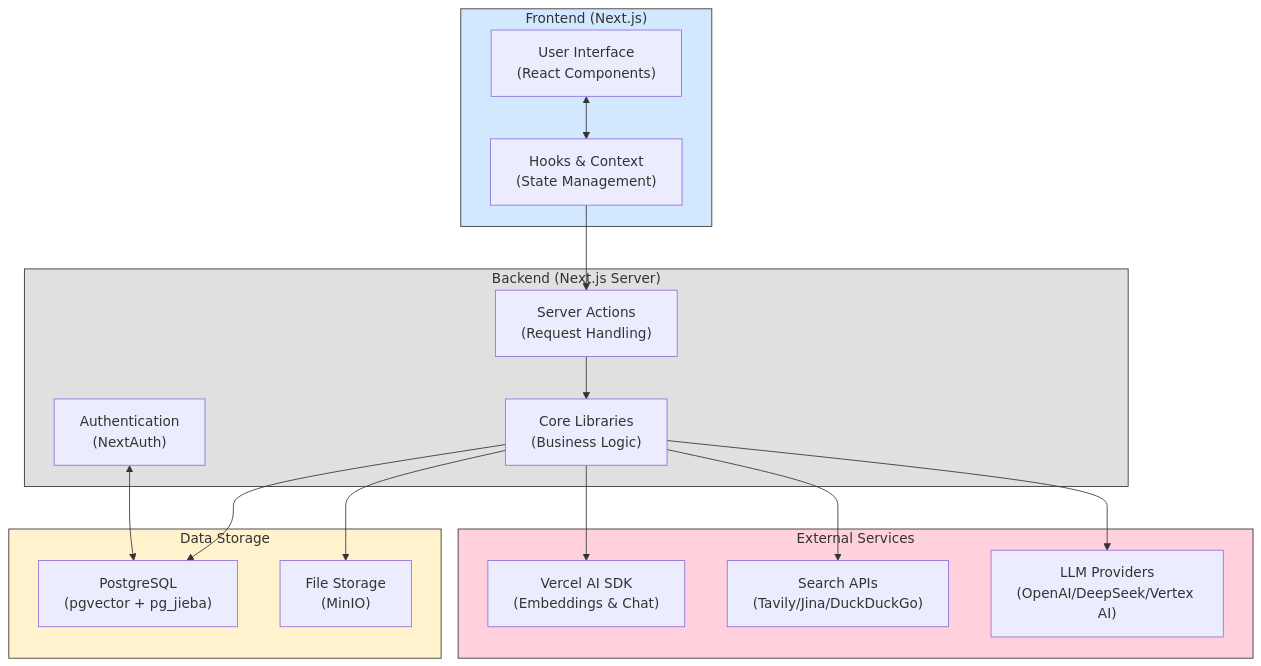
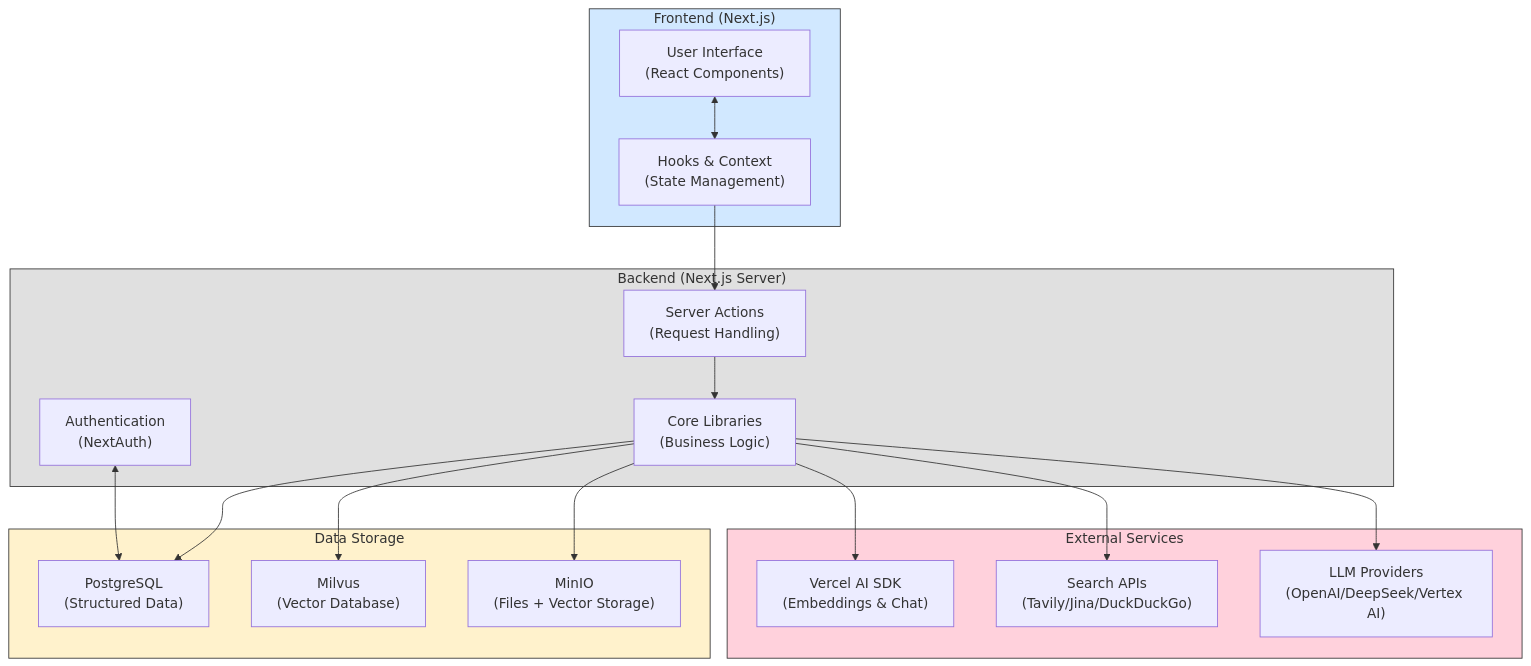
The diagram in README.md (hint-lab/deepmed-search), drawn with Mermaid before and after one commit. The commit also changed other lines of this file and 5 other files, not shown here.

Commit message:
Update Milvus version in docker-compose, enhance README and README.zh-CN with Milvus integration details, and remove obsolete PostgreSQL scripts related to pgvector and jieba.

````diff
--- a/README.md
+++ b/README.md
@@ -80,46 +79,48 @@
 ```mermaid
 graph TD
     subgraph Frontend["Frontend (Next.js)"]
         UI["User Interface<br/>(React Components)"]
         Hooks["Hooks & Context<br/>(State Management)"]
     end
 
     subgraph Backend["Backend (Next.js Server)"]
         Actions["Server Actions<br/>(Request Handling)"]
         Lib["Core Libraries<br/>(Business Logic)"]
         Auth["Authentication<br/>(NextAuth)"]
     end
 
     subgraph Storage["Data Storage"]
-        PG["PostgreSQL<br/>(pgvector + pg_jieba)"]
-        Files["File Storage<br/>(MinIO)"]
+        PG["PostgreSQL<br/>(Structured Data)"]
+        Milvus["Milvus<br/>(Vector Database)"]
+        Files["MinIO<br/>(Files + Vector Storage)"]
     end
 
     subgraph External["External Services"]
         AISDK["Vercel AI SDK<br/>(Embeddings & Chat)"]
         SearchAPI["Search APIs<br/>(Tavily/Jina/DuckDuckGo)"]
         LLMProviders["LLM Providers<br/>(OpenAI/DeepSeek/Vertex AI)"]
     end
 
     %% Connections
     UI <--> Hooks
     Hooks --> Actions
     Actions --> Lib
     Lib --> PG
+    Lib --> Milvus
     Lib --> Files
     Lib --> AISDK
     Lib --> SearchAPI
     Lib --> LLMProviders
     Auth <--> PG
 
     %% Styles
     classDef frontend fill:#D1E8FF,stroke:#333
     classDef backend fill:#E0E0E0,stroke:#333
     classDef database fill:#FFF2CC,stroke:#333
     classDef external fill:#FFD1DC,stroke:#333
 
     class Frontend frontend
     class Backend backend
     class Storage database
     class External external
 ```
````
